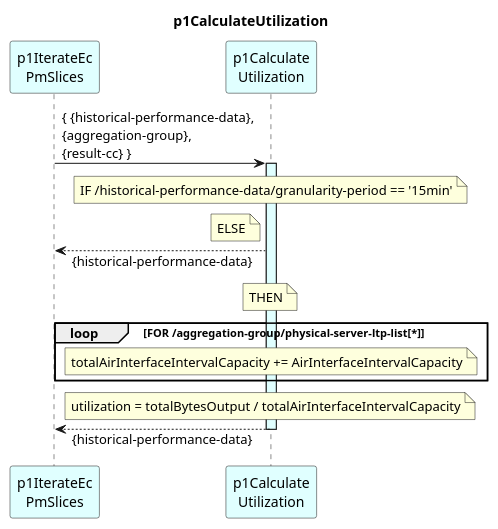
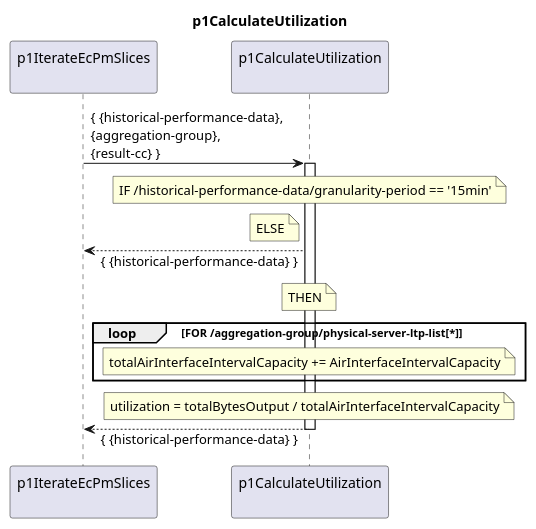
Before and after one commit to openBackhaul/DevicePerformanceManagementDataProcessor: the diagram in spec/Functions/p1StreamPmData/p1ProcessDevice/p1CreateResultCc/p1IterateEcPmSlices/p1CalculateUtilization/1.0.0/p1CalculateUtilization.plantuml, drawn with PlantUML. The commit also changed 6 other files, not shown here.

Commit message:
Recollor p1IterateEcPmSlices

```diff
--- a/spec/Functions/p1StreamPmData/p1ProcessDevice/p1CreateResultCc/p1IterateEcPmSlices/p1CalculateUtilization/1.0.0/p1CalculateUtilization.plantuml
+++ b/spec/Functions/p1StreamPmData/p1ProcessDevice/p1CreateResultCc/p1IterateEcPmSlices/p1CalculateUtilization/1.0.0/p1CalculateUtilization.plantuml
@@ -1,43 +1,43 @@
 @startuml p1CalculateUtilization
 skinparam responseMessageBelowArrow true
 
 title
   p1CalculateUtilization
 end title
 
-participant "p1IterateEc\nPmSlices" as requestor #LightCyan
-participant "p1Calculate\nUtilization" as p1CalcUtil #LightCyan
+participant "p1IterateEcPmSlices\n" as requestor
+participant "p1CalculateUtilization\n" as p1CalcUtil
 
 
 requestor -> p1CalcUtil : { {historical-performance-data},\n{aggregation-group},\n{result-cc} }
-activate p1CalcUtil #LightCyan
+activate p1CalcUtil
 
   note over p1CalcUtil
     IF /historical-performance-data/granularity-period == '15min'
   end note
-
+  
   note left p1CalcUtil
     ELSE
   end note
-  requestor <-- p1CalcUtil : {historical-performance-data}
+  requestor <-- p1CalcUtil : { {historical-performance-data} }
 
   note over p1CalcUtil
     THEN
   end note
 
   loop FOR /aggregation-group/physical-server-ltp-list[*]
     note over p1CalcUtil
       totalAirInterfaceIntervalCapacity += AirInterfaceIntervalCapacity
     end note
   end loop
 
   note over p1CalcUtil
     utilization = totalBytesOutput / totalAirInterfaceIntervalCapacity
   end note
 
-requestor <-- p1CalcUtil : {historical-performance-data}
+requestor <-- p1CalcUtil : { {historical-performance-data} }
 deactivate p1CalcUtil
 
 deactivate requestor
 
 @enduml
```
